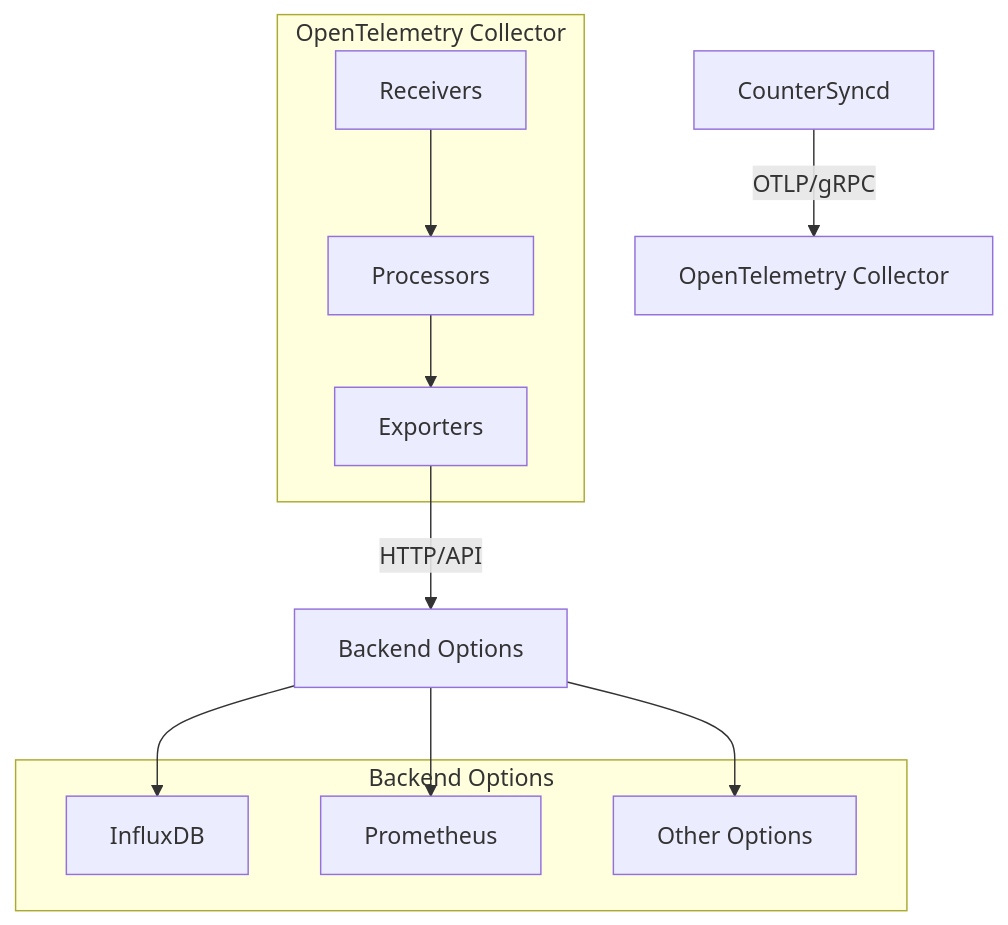
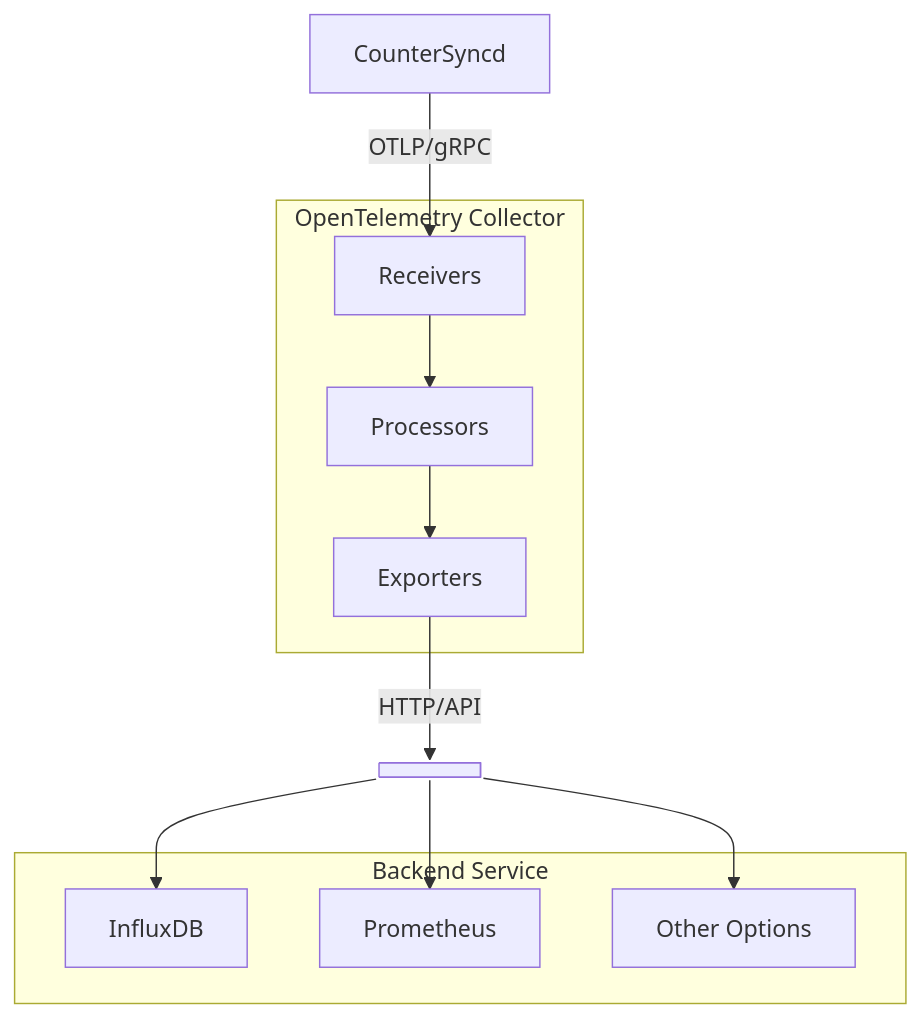
The third of 10 diagrams in doc/high-frequency-telemetry/high-frequency-telemetry-hld.md (sonic-net/SONiC), drawn with Mermaid before and after one commit. The commit also changed other lines of this file, not shown here.

````diff
--- a/doc/high-frequency-telemetry/high-frequency-telemetry-hld.md
+++ b/doc/high-frequency-telemetry/high-frequency-telemetry-hld.md
@@ -208,16 +210,19 @@
 ``` mermaid
-graph TD;
-   CS[CounterSyncd] -->|OTLP/gRPC| OTC[OpenTelemetry Collector]
-   subgraph OpenTelemetry Collector
-       R[Receivers] --> P[Processors] --> E[Exporters]
-   end
-   E -->|HTTP/API| BO[Backend Options]
-   subgraph Backend Options
-       IDB[InfluxDB]
-       PM[Prometheus]
-       OTH[Other Options]
-   end
-   BO --> IDB
-   BO --> PM
-   BO --> OTH
+
+flowchart TD;
+    CS[CounterSyncd] -->|OTLP/gRPC| R
+    subgraph OpenTelemetry Collector
+        R[Receivers] --> P[Processors] --> E[Exporters]
+    end
+    BS@{ shape: fork, label: "Backend service" }
+    subgraph Backend Service
+        IDB[InfluxDB]
+        PM[Prometheus]
+        OTH[Other Options]
+    end
+    E --> |HTTP/API|BS
+    BS --> IDB
+    BS --> PM
+    BS --> OTH
+
 ```
````
